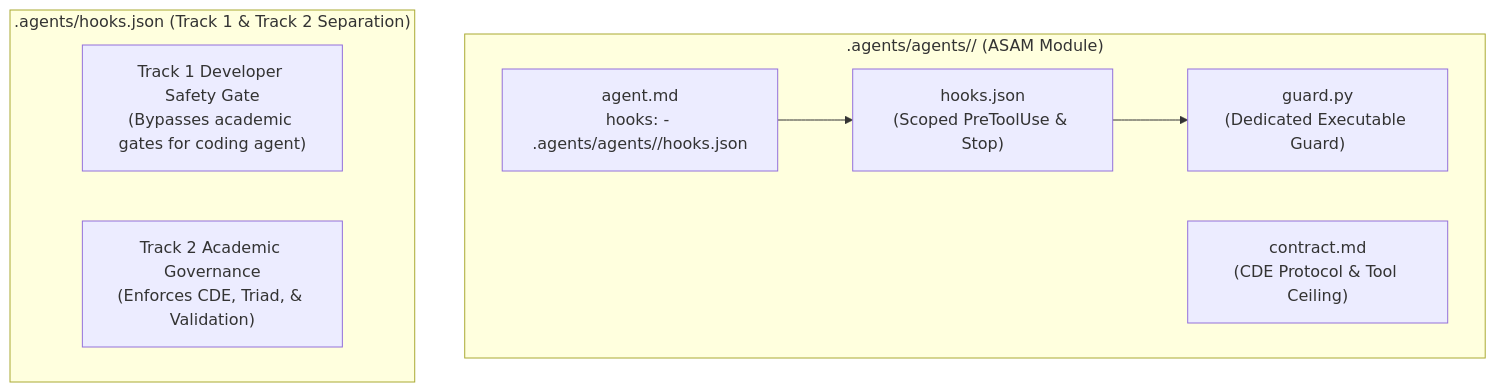
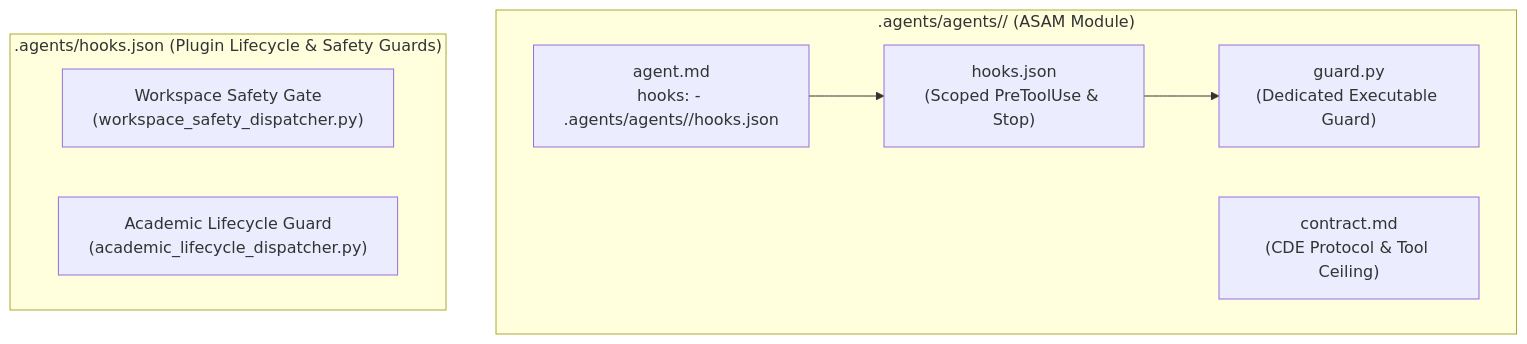
One commit to GhaderiSaber/AcademicSuite changed the diagram in docs/RULE_INVENTORY.md. Above: the diagram before and after it, drawn with Mermaid. The commit also changed other lines of this file and 32 other files, not shown here.

First line of the commit message:
feat(architecture): migrate from dual-track to Antigravity plugin architecture

````diff
--- a/docs/RULE_INVENTORY.md
+++ b/docs/RULE_INVENTORY.md
@@ -86,17 +86,17 @@
 ```mermaid
 flowchart TD
     subgraph AgentDir [".agents/agents/<agent_name>/ (ASAM Module)"]
         AF["agent.md\nhooks: - .agents/agents/<name>/hooks.json"]
         Contract["contract.md\n(CDE Protocol & Tool Ceiling)"]
         HookConfig["hooks.json\n(Scoped PreToolUse & Stop)"]
         GuardScript["guard.py\n(Dedicated Executable Guard)"]
         
         AF --> HookConfig
         HookConfig --> GuardScript
     end
 
-    subgraph DualTrack [".agents/hooks.json (Track 1 & Track 2 Separation)"]
-        Track1["Track 1 Developer Safety Gate\n(Bypasses academic gates for coding agent)"]
-        Track2["Track 2 Academic Governance\n(Enforces CDE, Triad, & Validation)"]
+    subgraph PluginArchitecture [".agents/hooks.json (Plugin Lifecycle & Safety Guards)"]
+        SafetyGate["Workspace Safety Gate\n(workspace_safety_dispatcher.py)"]
+        AcademicGuard["Academic Lifecycle Guard\n(academic_lifecycle_dispatcher.py)"]
     end
 ```
````
